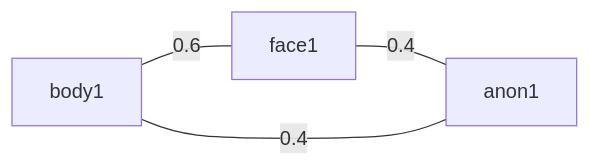
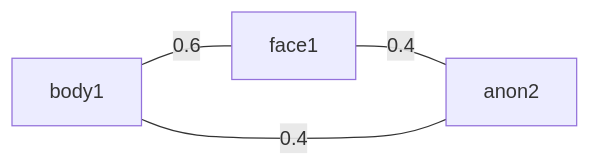
The sixth of 34 diagrams in test/test-graphs.md (ros4hri/hri_person_manager), drawn with Mermaid before and after one commit. The commit also changed other lines of this file and 3 other files, not shown here.

````diff
--- a/test/test-graphs.md
+++ b/test/test-graphs.md
@@ -77,7 +77,8 @@
 ``` mermaid
 graph LR
 
-face1 ---|0.4| anon1
-body1 ---|0.4| anon1
+%% anon2 is prefered to anon1 because body1 is alphabetically before face1
+face1 ---|0.4| anon2
+body1 ---|0.4| anon2
 body1 ---|0.6| face1
 ```
````
